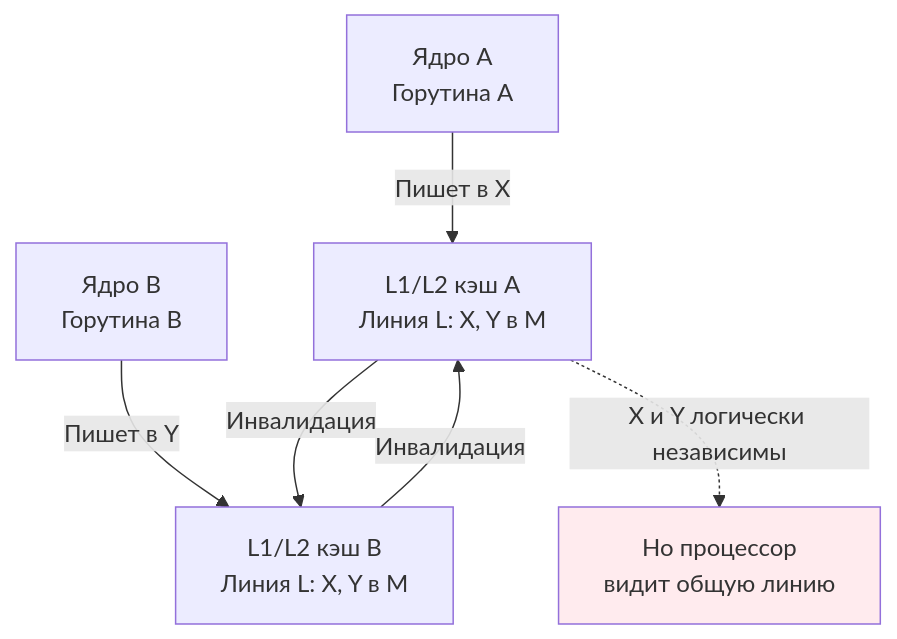
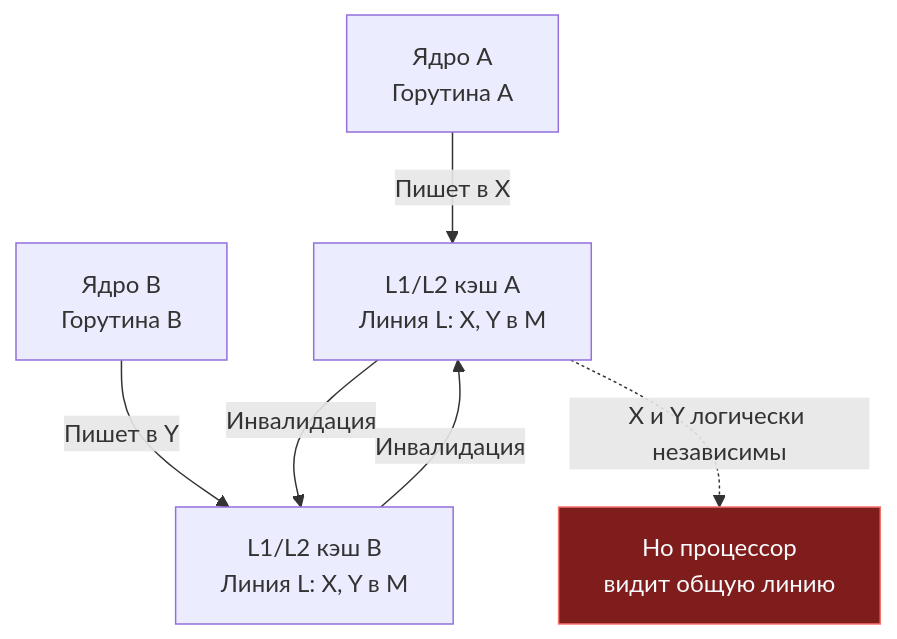
One commit to UnrealTemplier/go-textbook changed the diagram in sources/16. Профилирование, отладка и производительность/06. Конкурентность/8. False sharing.md. Above: the diagram before and after it, drawn with Mermaid. The commit also changed 310 other files, not shown here.

First line of the commit message:
fix(mermaid): replace light fill colors with dark palette for readability on dark theme

````diff
--- a/sources/16. Профилирование, отладка и производительность/06. Конкурентность/8. False sharing.md
+++ b/sources/16. Профилирование, отладка и производительность/06. Конкурентность/8. False sharing.md
@@ -38,9 +38,9 @@
 ```mermaid
 flowchart TD
     CoreA["Ядро A<br>Горутина A"] -->|"Пишет в X"| CacheA["L1/L2 кэш A<br>Линия L: X, Y в M"]
     CoreB["Ядро B<br>Горутина B"] -->|"Пишет в Y"| CacheB["L1/L2 кэш B<br>Линия L: X, Y в M"]
     CacheA -->|"Инвалидация"| CacheB
     CacheB -->|"Инвалидация"| CacheA
     CacheA -.->|"X и Y логически независимы"| Note["Но процессор<br>видит общую линию"]
-    style Note fill:#ffebee
+    style Note fill:#7f1d1d,stroke:#f87171,color:#f8fafc
 ```
````
